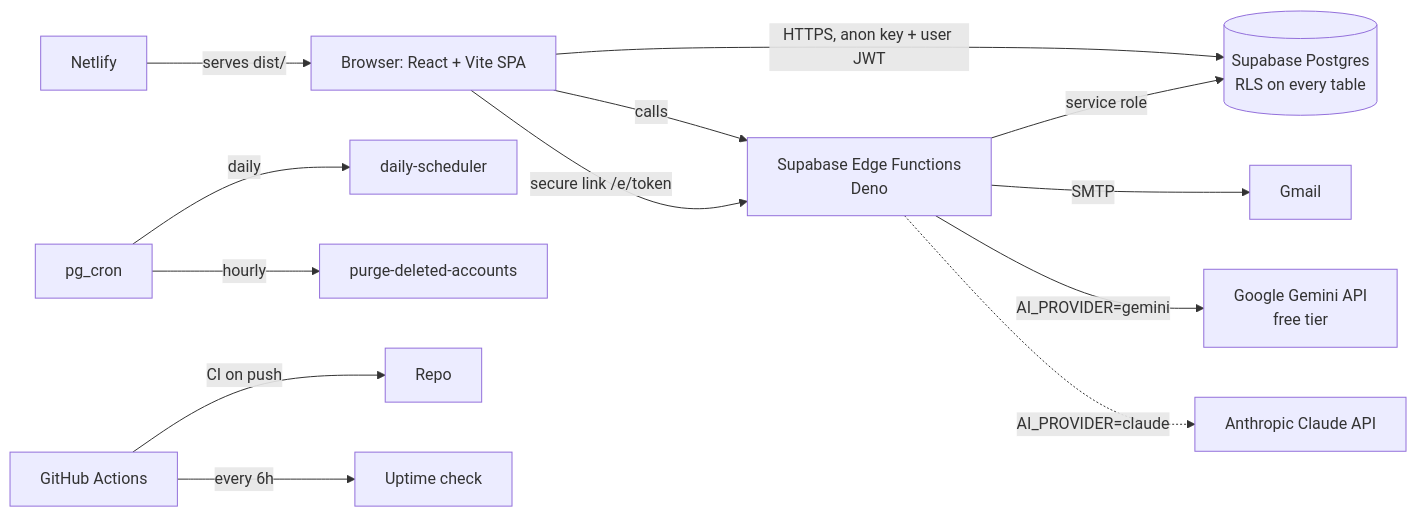
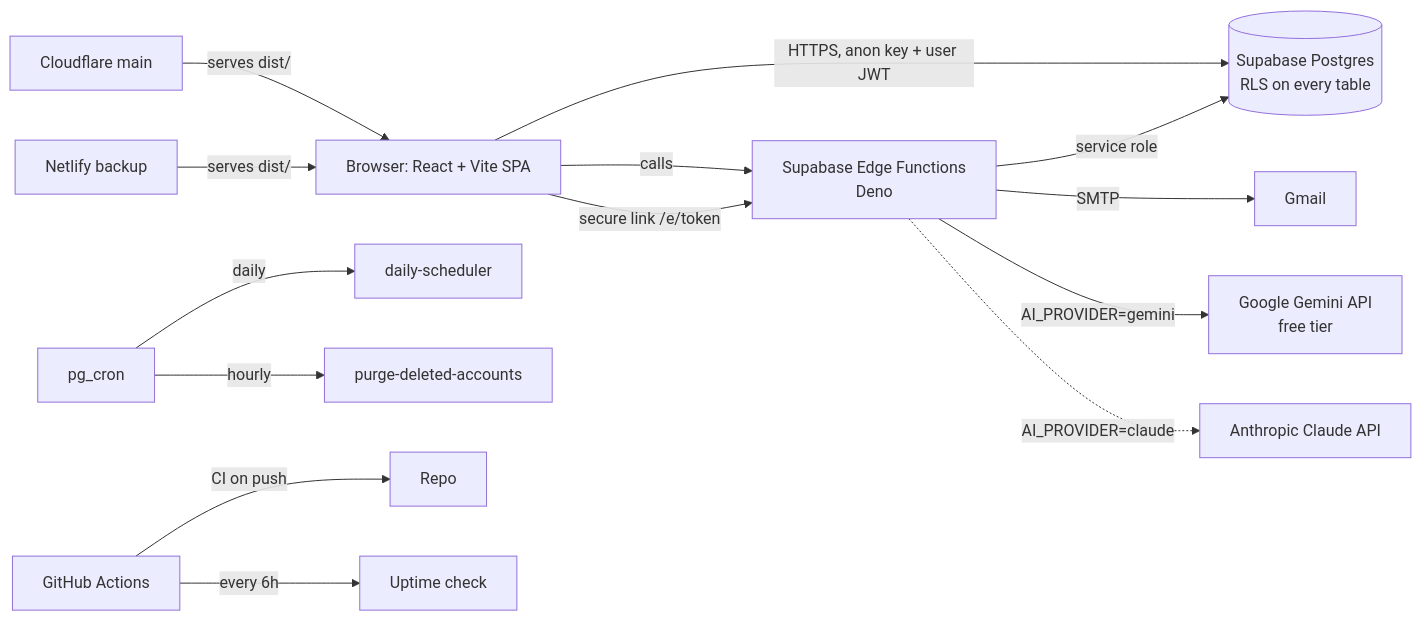
Before and after one commit to kcckylecedriccruz-maker/leadership-compass: the diagram in docs/ARCHITECTURE.md, drawn with Mermaid. The commit also changed other lines of this file and 13 other files, not shown here.

Commit message:
Host on Cloudflare (main) with Netlify as backup: shared _headers, minimal wrangler.jsonc, APP_URL and docs point to Cloudflare, uptime checks both

````diff
--- a/docs/ARCHITECTURE.md
+++ b/docs/ARCHITECTURE.md
@@ -3,15 +3,16 @@
 ```mermaid
 flowchart LR
   U[Browser: React + Vite SPA] -->|HTTPS, anon key + user JWT| SB[(Supabase Postgres\nRLS on every table)]
   U -->|calls| EF[Supabase Edge Functions\nDeno]
   U -->|secure link /e/token| EF
   EF -->|service role| SB
   EF -->|SMTP| GM[Gmail]
   EF -->|AI_PROVIDER=gemini| GE[Google Gemini API\nfree tier]
   EF -.->|AI_PROVIDER=claude| CL[Anthropic Claude API]
   CRON[pg_cron] -->|daily| SCH[daily-scheduler]
   CRON -->|hourly| PUR[purge-deleted-accounts]
   GH[GitHub Actions] -->|CI on push| R[Repo]
   GH -->|every 6h| UP[Uptime check]
-  N[Netlify] -->|serves dist/| U
+  CF[Cloudflare main] -->|serves dist/| U
+  N[Netlify backup] -->|serves dist/| U
 ```
````
